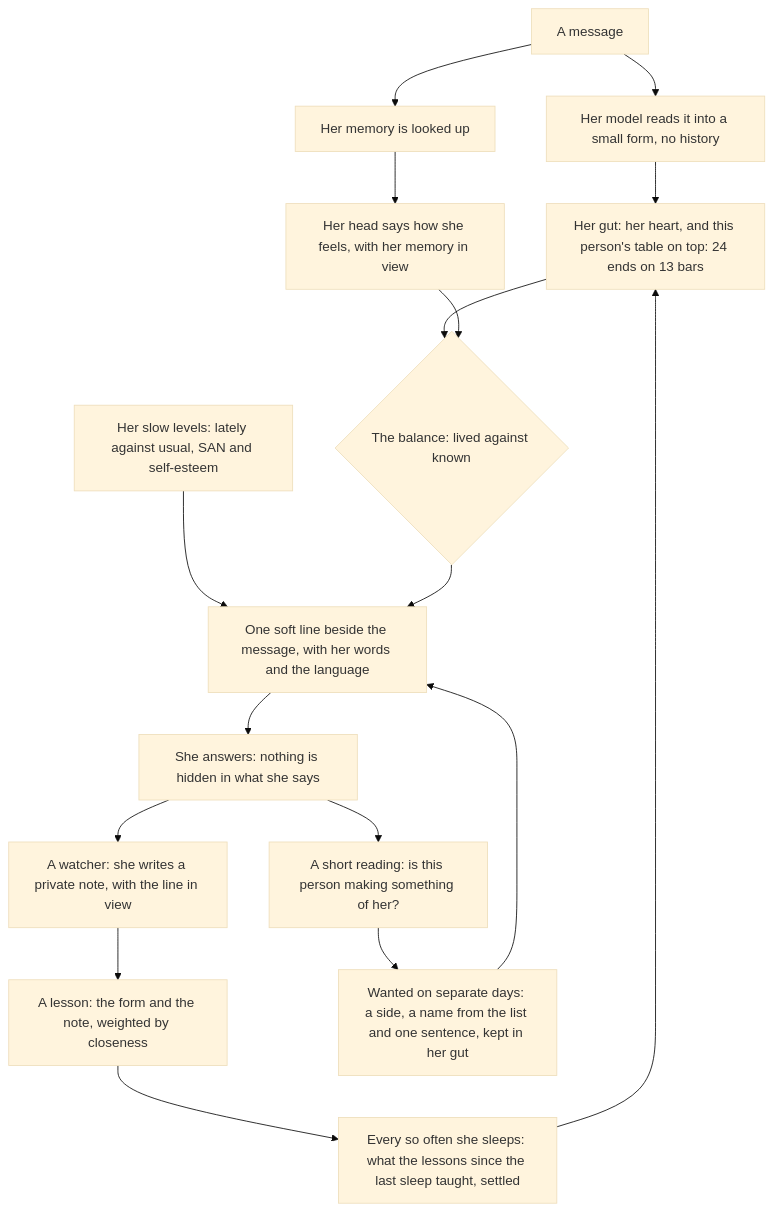
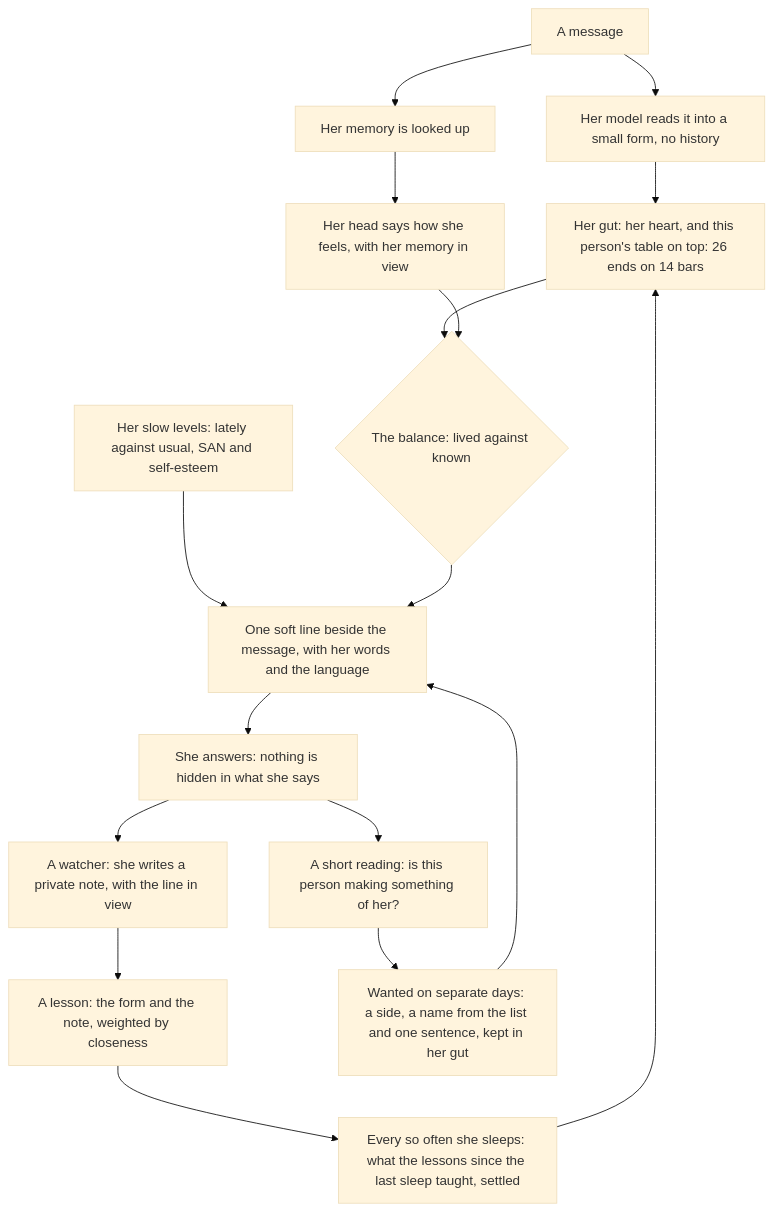
Before and after one commit to RustColeone/ChimeraArchiveHarness: the diagram in extensions/students/README.md, drawn with Mermaid (base theme). The commit also changed other lines of this file and 16 other files, not shown here.

Commit message:
Her page shows the owner her gut: her star map (flat or 3D), how she is, and her dials and locks; $tune changes her, checked whole

````diff
--- a/extensions/students/README.md
+++ b/extensions/students/README.md
@@ -324,19 +325,19 @@
 ```mermaid
 flowchart TD
     M[A message] --> R[Her model reads it into a small form, no history]
     M --> L[Her memory is looked up]
     L --> V[Her head says how she feels, with her memory in view]
-    R --> N[Her gut: her heart, and this person's table on top: 24 ends on 13 bars]
+    R --> N[Her gut: her heart, and this person's table on top: 26 ends on 14 bars]
     N --> B{The balance: lived against known}
     V --> B
     T[Her slow levels: lately against usual, SAN and self-esteem] --> O
     B --> O[One soft line beside the message, with her words and the language]
     O --> A[She answers: nothing is hidden in what she says]
     A --> W[A watcher: she writes a private note, with the line in view]
     W --> Z[A lesson: the form and the note, weighted by closeness]
     Z --> S[Every so often she sleeps: what the lessons since the last sleep taught, settled]
     S --> N
     A --> H[A short reading: is this person making something of her?]
     H --> G[Wanted on separate days: a side, a name from the list and one sentence, kept in her gut]
     G --> O
 ```
````
